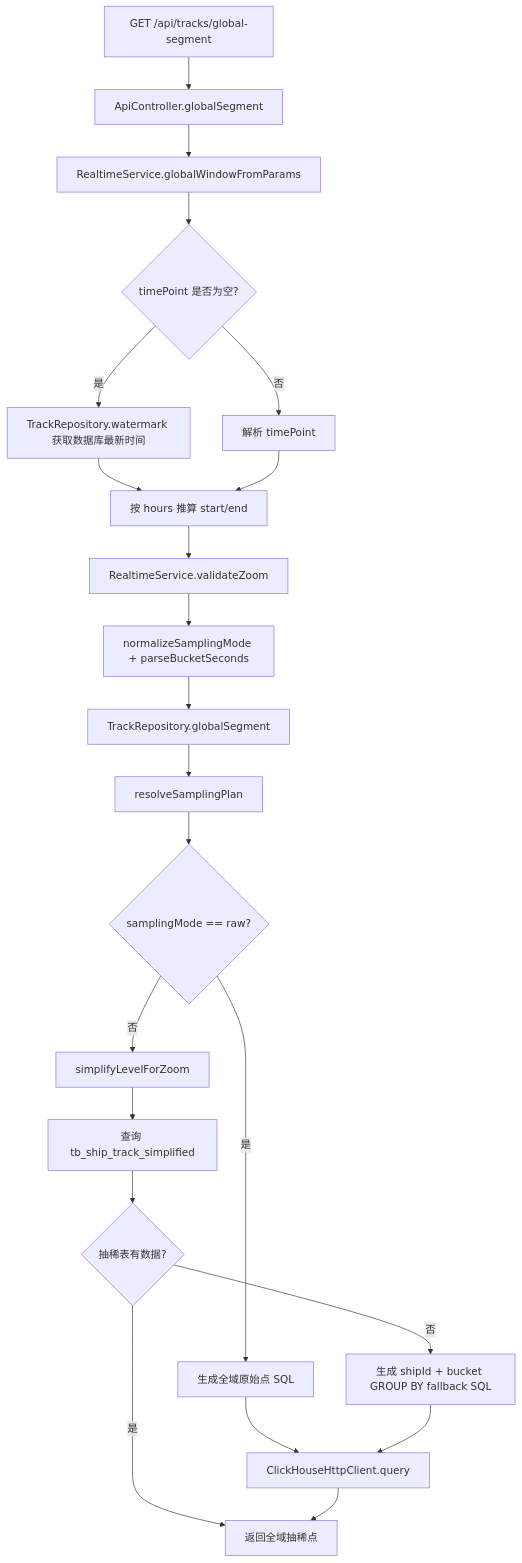
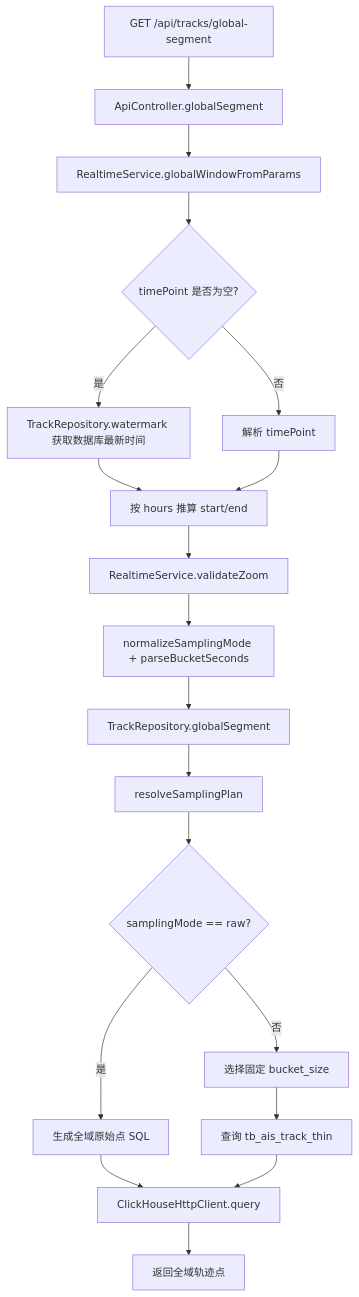
Diagram 17 of 19 in docs/API_FLOW.md (yuqiangdede/testTrack), drawn with Mermaid before and after one commit. The commit also changed other lines of this file and 24 other files, not shown here.

````diff
--- a/docs/API_FLOW.md
+++ b/docs/API_FLOW.md
@@ -588,24 +567,21 @@
 ```mermaid
 flowchart TD
   A["GET /api/tracks/global-segment"] --> B["ApiController.globalSegment"]
   B --> C["RealtimeService.globalWindowFromParams"]
   C --> D{"timePoint 是否为空?"}
   D -->|是| E["TrackRepository.watermark 获取数据库最新时间"]
   D -->|否| F["解析 timePoint"]
   E --> G["按 hours 推算 start/end"]
   F --> G
   G --> H["RealtimeService.validateZoom"]
   H --> I["normalizeSamplingMode + parseBucketSeconds"]
   I --> J["TrackRepository.globalSegment"]
   J --> K["resolveSamplingPlan"]
   K --> L{"samplingMode == raw?"}
   L -->|是| M["生成全域原始点 SQL"]
-  L -->|否| N["simplifyLevelForZoom"]
-  N --> O["查询 tb_ship_track_simplified"]
-  O --> P{"抽稀表有数据?"}
-  P -->|是| Q["返回全域抽稀点"]
-  P -->|否| R["生成 shipId + bucket GROUP BY fallback SQL"]
+  L -->|否| N["选择固定 bucket_size"]
+  N --> O["查询 tb_ais_track_thin"]
   M --> S["ClickHouseHttpClient.query"]
-  R --> S
-  S --> Q
+  O --> S
+  S --> Q["返回全域轨迹点"]
 ```
````
